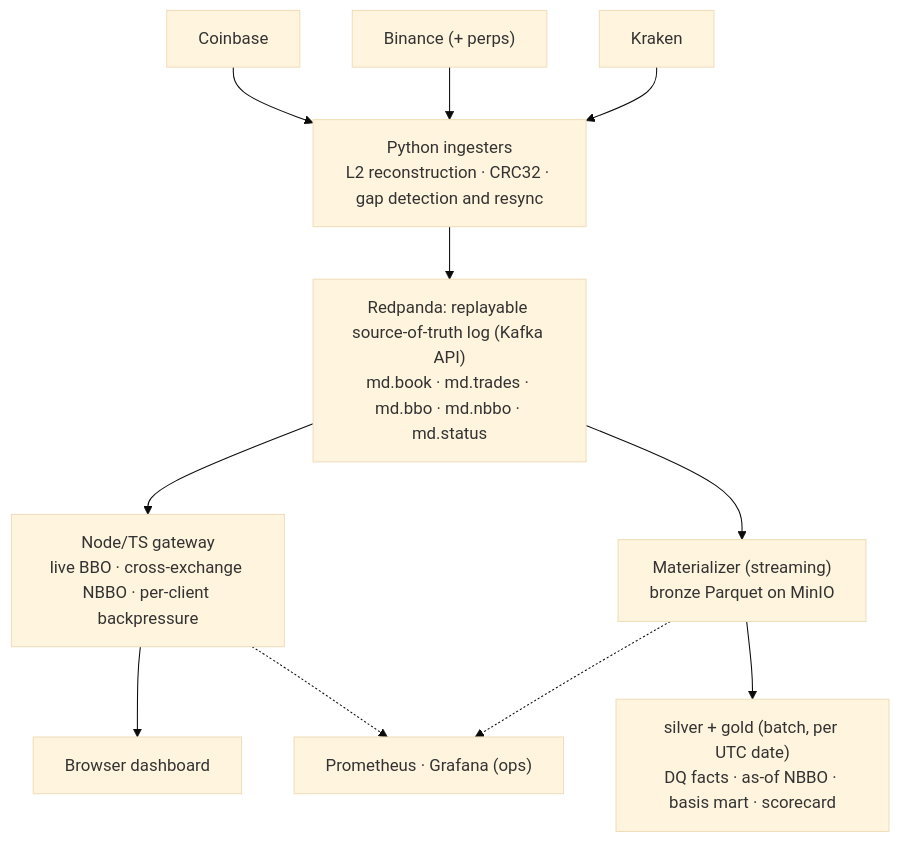
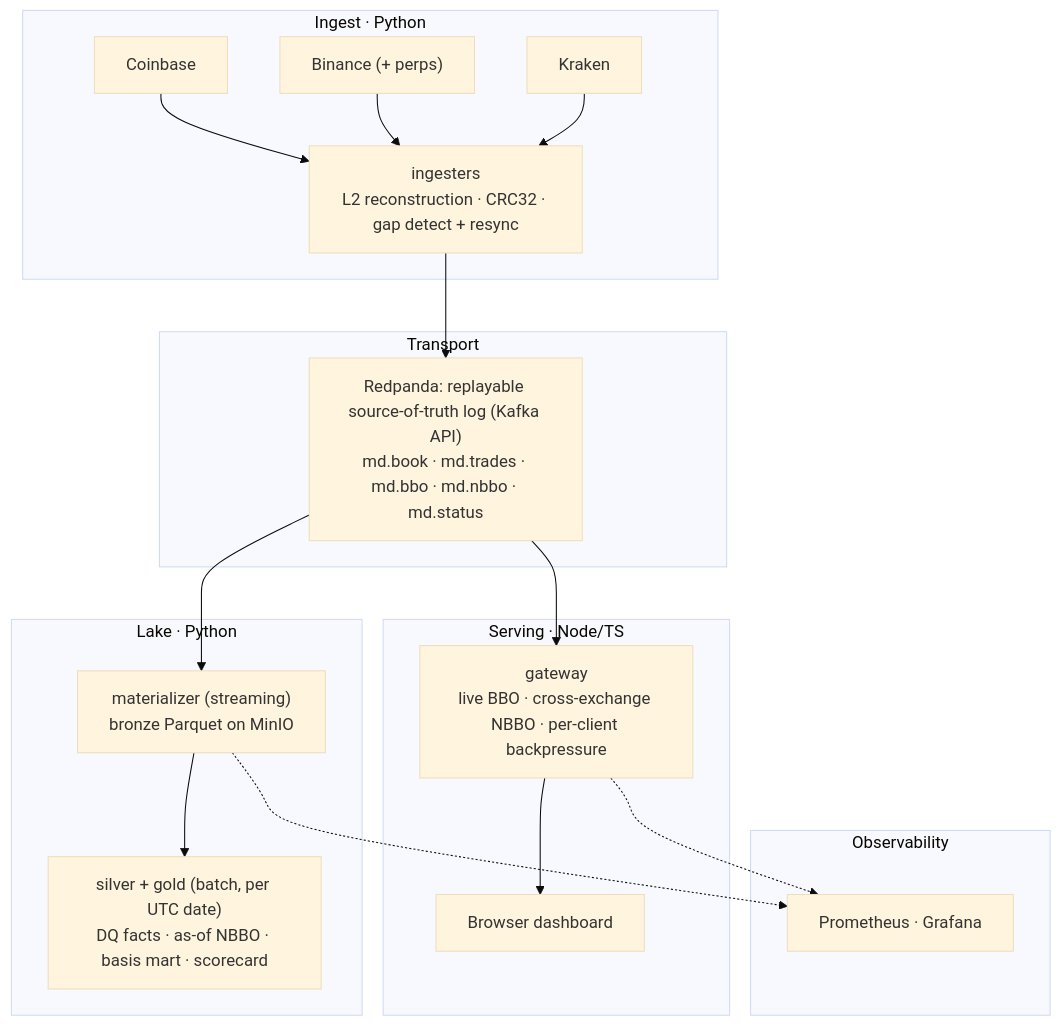
The diagram in README.md (ryanp2718/crosstick), drawn with Mermaid (base theme) before and after one commit. The commit also changed other lines of this file, not shown here.

Commit message:
docs(readme): group the architecture diagram into subgraphs
Restructure the topology flowchart into labeled ingest / transport / serving /
lake / observability subgraphs instead of a flat node list, and point the
design-docs section at the new DESIGN_orderbook.md.

Drop the design-docs link to SYSTEM_DESIGN.md, which resolves to a doc that is
not published in the tree. Also folds in the plain-language rewrite of the
offline-demo walkthrough (claims verified against the demo compose stack).

````diff
--- a/README.md
+++ b/README.md
@@ -48,12 +49,33 @@
 ```mermaid
 flowchart TD
-    CB[Coinbase] --> ING
-    BN["Binance (+ perps)"] --> ING
-    KR[Kraken] --> ING
-    ING["Python ingesters<br/>L2 reconstruction · CRC32 · gap detection and resync"] --> RP
-    RP["Redpanda: replayable source-of-truth log (Kafka API)<br/>md.book · md.trades · md.bbo · md.nbbo · md.status"] --> GW & MAT
-    GW["Node/TS gateway<br/>live BBO · cross-exchange NBBO · per-client backpressure"] --> DASH[Browser dashboard]
-    MAT["Materializer (streaming)<br/>bronze Parquet on MinIO"] --> SG["silver + gold (batch, per UTC date)<br/>DQ facts · as-of NBBO · basis mart · scorecard"]
-    GW -.-> OBS["Prometheus · Grafana (ops)"]
+    subgraph ingest["Ingest · Python"]
+        CB[Coinbase]
+        BN["Binance (+ perps)"]
+        KR[Kraken]
+        ING["ingesters<br/>L2 reconstruction · CRC32 · gap detect + resync"]
+        CB --> ING
+        BN --> ING
+        KR --> ING
+    end
+    subgraph transport["Transport"]
+        RP["Redpanda: replayable source-of-truth log (Kafka API)<br/>md.book · md.trades · md.bbo · md.nbbo · md.status"]
+    end
+    subgraph serving["Serving · Node/TS"]
+        GW["gateway<br/>live BBO · cross-exchange NBBO · per-client backpressure"]
+        DASH[Browser dashboard]
+        GW --> DASH
+    end
+    subgraph lake["Lake · Python"]
+        MAT["materializer (streaming)<br/>bronze Parquet on MinIO"]
+        SG["silver + gold (batch, per UTC date)<br/>DQ facts · as-of NBBO · basis mart · scorecard"]
+        MAT --> SG
+    end
+    subgraph obs["Observability"]
+        OBS["Prometheus · Grafana"]
+    end
+    ING --> RP
+    RP --> GW
+    RP --> MAT
+    GW -.-> OBS
     MAT -.-> OBS
 ```
````
